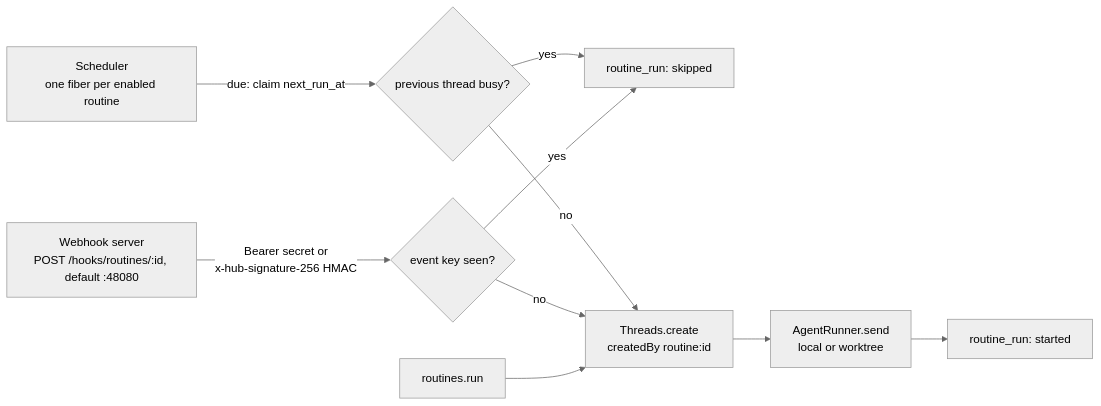
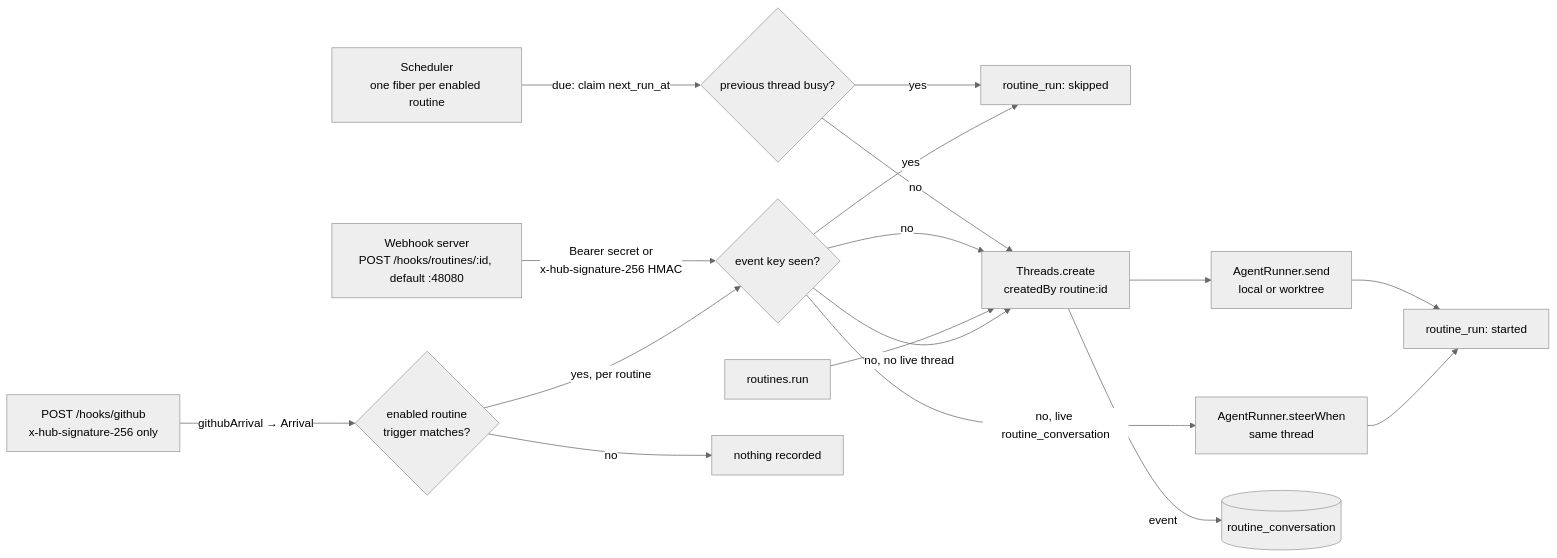
Diagram 18 of 19 in docs/arch.md (hinadev-ai/hinacode), drawn with Mermaid (neutral theme) before and after one commit. The commit also changed other lines of this file and 26 other files, not shown here.

First line of the commit message:
feat(routines): start and continue threads from GitHub events

````diff
--- a/docs/arch.md
+++ b/docs/arch.md
@@ -741,11 +752,17 @@
 ```mermaid
 flowchart LR
   sched["Scheduler<br/>one fiber per enabled routine"] -- "due: claim next_run_at" --> busy{"previous thread busy?"}
   busy -- yes --> skipped["routine_run: skipped"]
   busy -- no --> start
   wh["Webhook server<br/>POST /hooks/routines/:id, default :48080"] -- "Bearer secret or<br/>x-hub-signature-256 HMAC" --> dedup{"event key seen?"}
   dedup -- yes --> skipped
   dedup -- no --> start
   manual["routines.run"] --> start
   start["Threads.create<br/>createdBy routine:id"] --> send["AgentRunner.send<br/>local or worktree"] --> started["routine_run: started"]
+  gh["POST /hooks/github<br/>x-hub-signature-256 only"] -- "githubArrival → Arrival" --> match{"enabled routine<br/>trigger matches?"}
+  match -- "no" --> nothing["nothing recorded"]
+  match -- "yes, per routine" --> dedup
+  dedup -- "no, live routine_conversation" --> steer["AgentRunner.steerWhen<br/>same thread"] --> started
+  dedup -- "no, no live thread" --> start
+  start -- "event" --> conversation[("routine_conversation")]
 ```
````
